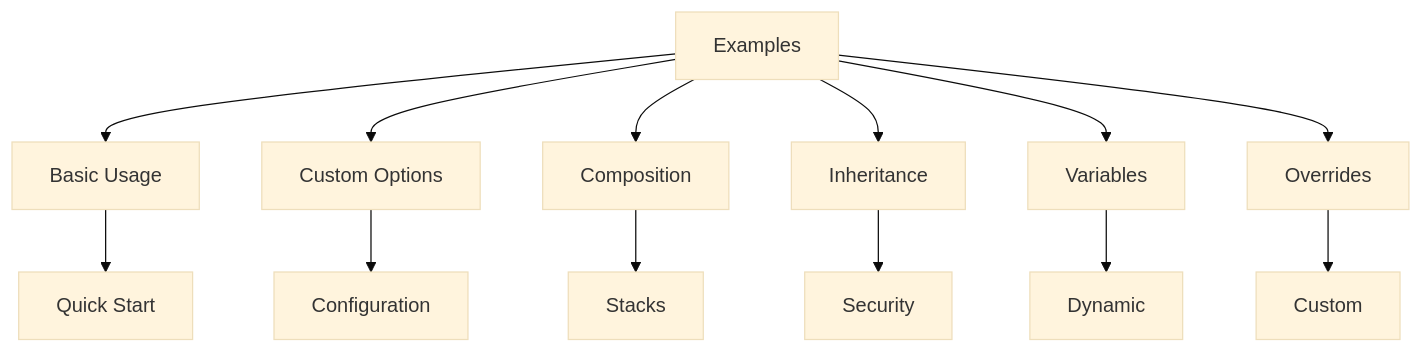
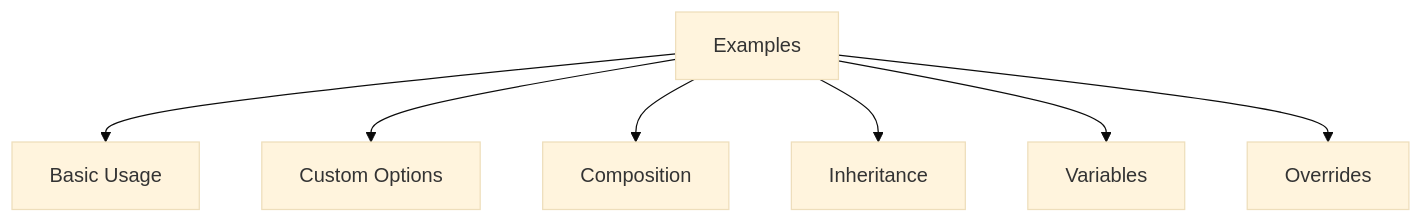
One commit to Hydepwns/nix-mox changed the diagram in docs/guides/nixamples/README.md. Above: the diagram before and after it, drawn with Mermaid (base theme). The commit also changed other lines of this file and 145 other files, not shown here.

````diff
--- a/docs/guides/nixamples/README.md
+++ b/docs/guides/nixamples/README.md
@@ -7,15 +5,9 @@
 ```mermaid
 graph TD
     A[Examples] --> B[Basic Usage]
     A --> C[Custom Options]
     A --> D[Composition]
     A --> E[Inheritance]
     A --> F[Variables]
     A --> G[Overrides]
-    B --> H[Quick Start]
-    C --> I[Configuration]
-    D --> J[Stacks]
-    E --> K[Security]
-    F --> L[Dynamic]
-    G --> M[Custom]
 ```
````
